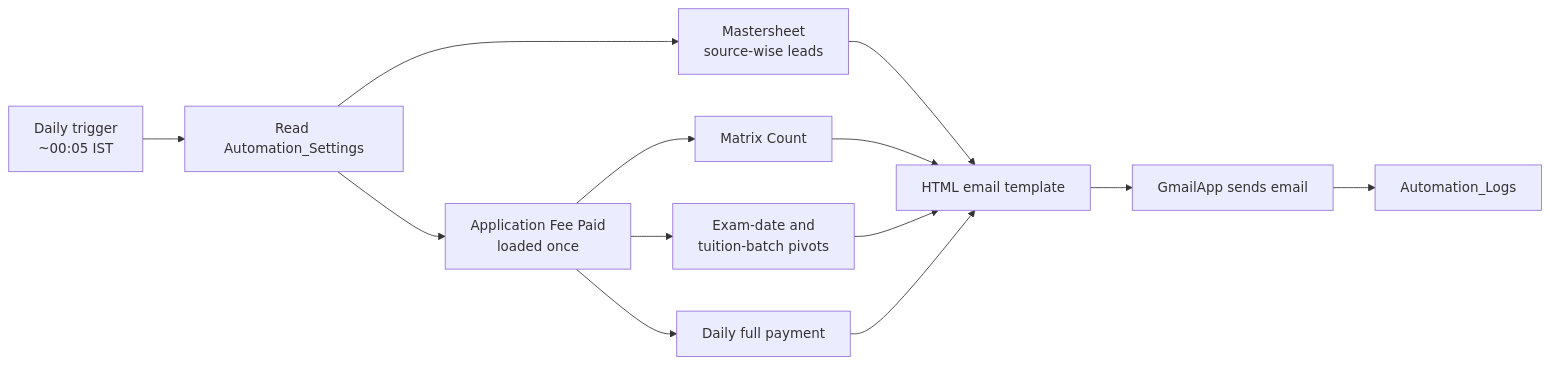
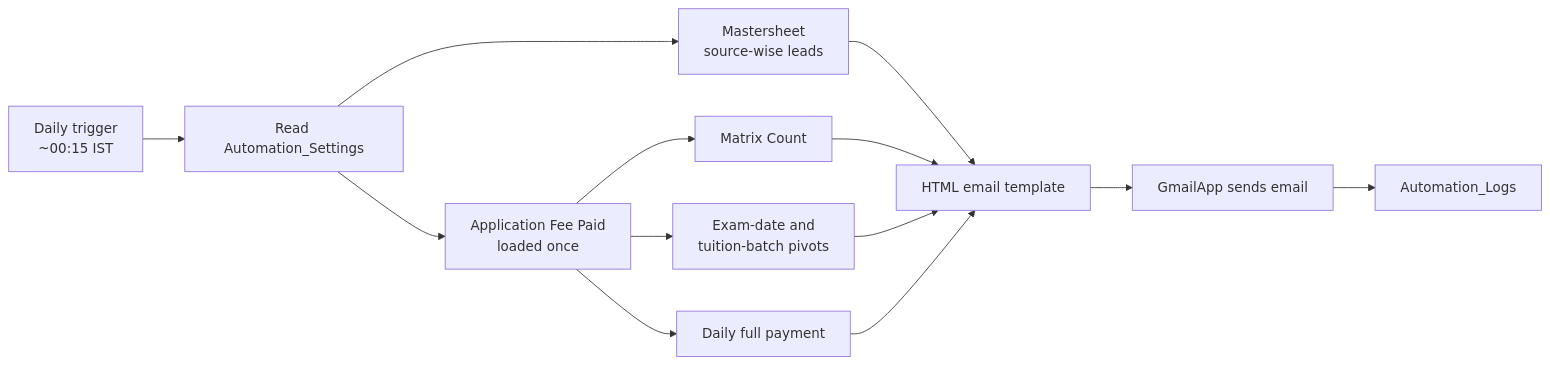
One commit to A4abhishe/lead-journey-report-automation changed the diagram in README.md. Above: the diagram before and after it, drawn with Mermaid. The commit also changed other lines of this file, not shown here.

````diff
--- a/README.md
+++ b/README.md
@@ -24,15 +24,15 @@
 ```mermaid
 flowchart LR
-    T[Daily trigger<br/>~00:05 IST] --> C[Read Automation_Settings]
+    T[Daily trigger<br/>~00:15 IST] --> C[Read Automation_Settings]
     C --> D[Mastersheet<br/>source-wise leads]
     C --> F[Application Fee Paid<br/>loaded once]
     F --> M[Matrix Count]
     F --> P[Exam-date and<br/>tuition-batch pivots]
     F --> Y[Daily full payment]
     D --> H[HTML email template]
     M --> H
     P --> H
     Y --> H
     H --> G[GmailApp sends email]
     G --> L[Automation_Logs]
 ```
````
